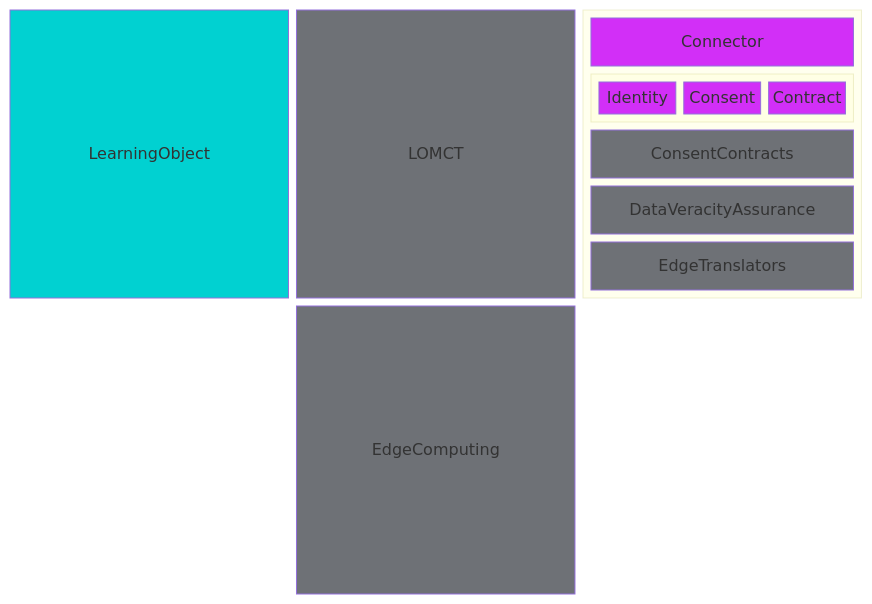
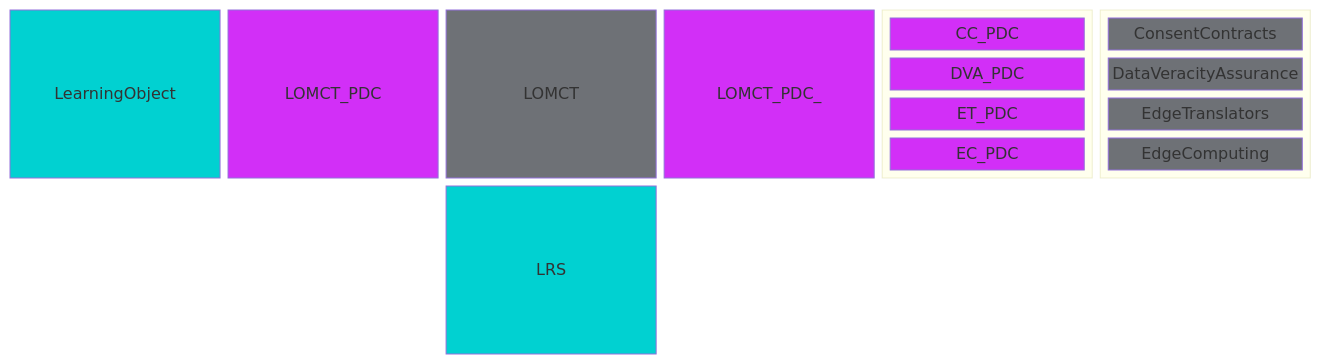
The first of 4 diagrams in readme.md (Prometheus-X-association/lomct), drawn with Mermaid before and after one commit. The commit also changed other lines of this file, not shown here.

````diff
--- a/readme.md
+++ b/readme.md
@@ -238,55 +234,37 @@
 ```mermaid
 
 block-beta
 
-columns 3
+columns 6
+LearningObject:1 LOMCT_PDC:1 LOMCT:1 LOMCT_PDC_:1
 
-LearningObject:1 LOMCT:1
-
-block:group
-
+block:group1
 columns 1
-
-Connector
+CC_PDC DVA_PDC ET_PDC EC_PDC
+end
 
 block:group2
-
-columns 3
-
-Identity Consent Contract
-
+columns 1
+ConsentContracts DataVeracityAssurance EdgeTranslators EdgeComputing
 end
 
-ConsentContracts DataVeracityAssurance EdgeTranslators
-
-end
-
-space EdgeComputing:1
+space:2 LRS:1
 
 classDef colorA fill:#D22FF7,color:#fff
-
 classDef colorEx fill:#01D1D1,color:#fff
-
 classDef colorED fill:#6E7176,color:#fff
-
 class LearningObject colorEx
-
+class LRS colorEx
 class LOMCT colorED
-
 class EdgeComputing colorED
-
 class ConsentContracts colorED
-
 class DataVeracityAssurance colorED
-
 class EdgeTranslators colorED
-
-class Connector colorA
-
-class Identity colorA
-
-class Consent colorA
-
-class Contract colorA
+class LOMCT_PDC colorA
+class LOMCT_PDC_ colorA
+class EC_PDC colorA
+class CC_PDC colorA
+class ET_PDC colorA
+class DVA_PDC colorA
 
 ```
````
